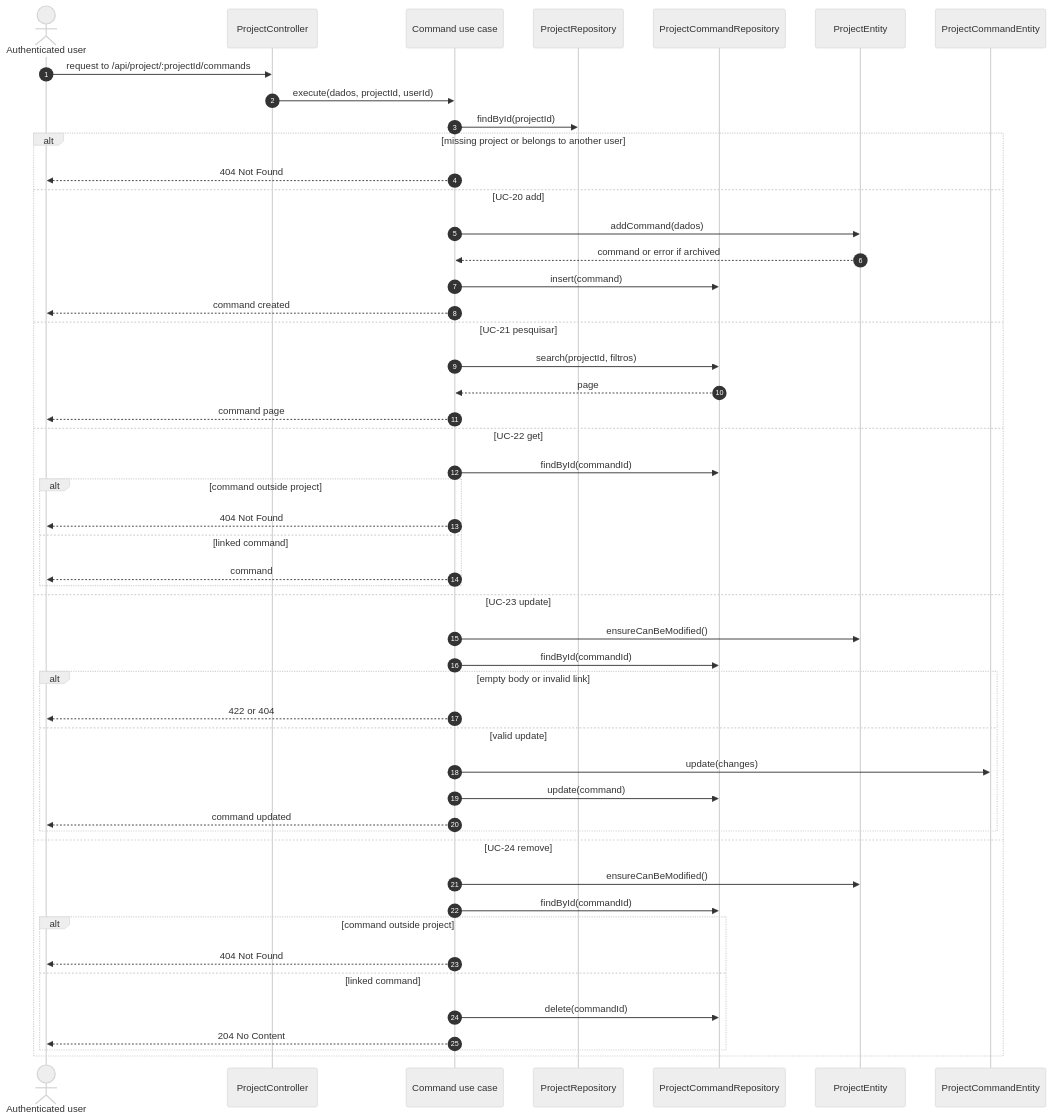
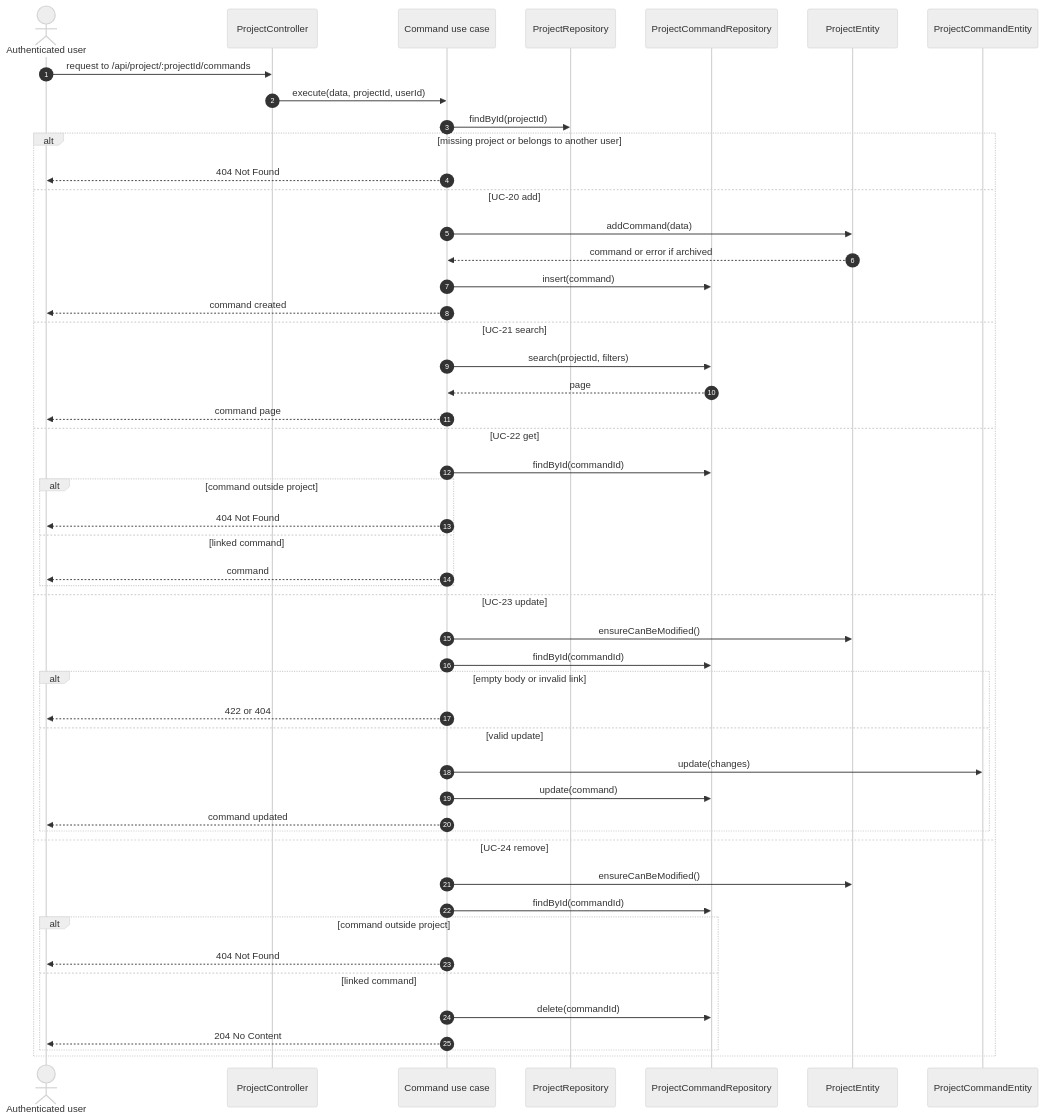
Before and after one commit to Lucalopezz/DevLog: the fifth of 6 diagrams in docs/diagrams/sequences/projects.md, drawn with Mermaid (neutral theme). The commit also changed other lines of this file and 68 other files, not shown here.

````diff
--- a/docs/diagrams/sequences/projects.md
+++ b/docs/diagrams/sequences/projects.md
@@ -173,53 +173,53 @@
 ```mermaid
 sequenceDiagram
     autonumber
     actor UserActor as Authenticated user
     participant C as ProjectController
     participant UC as Command use case
     participant PRepo as ProjectRepository
     participant CRepo as ProjectCommandRepository
     participant Project as ProjectEntity
     participant Command as ProjectCommandEntity
 
     UserActor->>C: request to /api/project/:projectId/commands
-    C->>UC: execute(dados, projectId, userId)
+    C->>UC: execute(data, projectId, userId)
     UC->>PRepo: findById(projectId)
     alt missing project or belongs to another user
         UC-->>UserActor: 404 Not Found
     else UC-20 add
-        UC->>Project: addCommand(dados)
+        UC->>Project: addCommand(data)
         Project-->>UC: command or error if archived
         UC->>CRepo: insert(command)
         UC-->>UserActor: command created
-    else UC-21 pesquisar
-        UC->>CRepo: search(projectId, filtros)
+    else UC-21 search
+        UC->>CRepo: search(projectId, filters)
         CRepo-->>UC: page
         UC-->>UserActor: command page
     else UC-22 get
         UC->>CRepo: findById(commandId)
         alt command outside project
             UC-->>UserActor: 404 Not Found
         else linked command
             UC-->>UserActor: command
         end
     else UC-23 update
         UC->>Project: ensureCanBeModified()
         UC->>CRepo: findById(commandId)
         alt empty body or invalid link
             UC-->>UserActor: 422 or 404
         else valid update
             UC->>Command: update(changes)
             UC->>CRepo: update(command)
             UC-->>UserActor: command updated
         end
     else UC-24 remove
         UC->>Project: ensureCanBeModified()
         UC->>CRepo: findById(commandId)
         alt command outside project
             UC-->>UserActor: 404 Not Found
         else linked command
             UC->>CRepo: delete(commandId)
             UC-->>UserActor: 204 No Content
         end
     end
 ```
````
